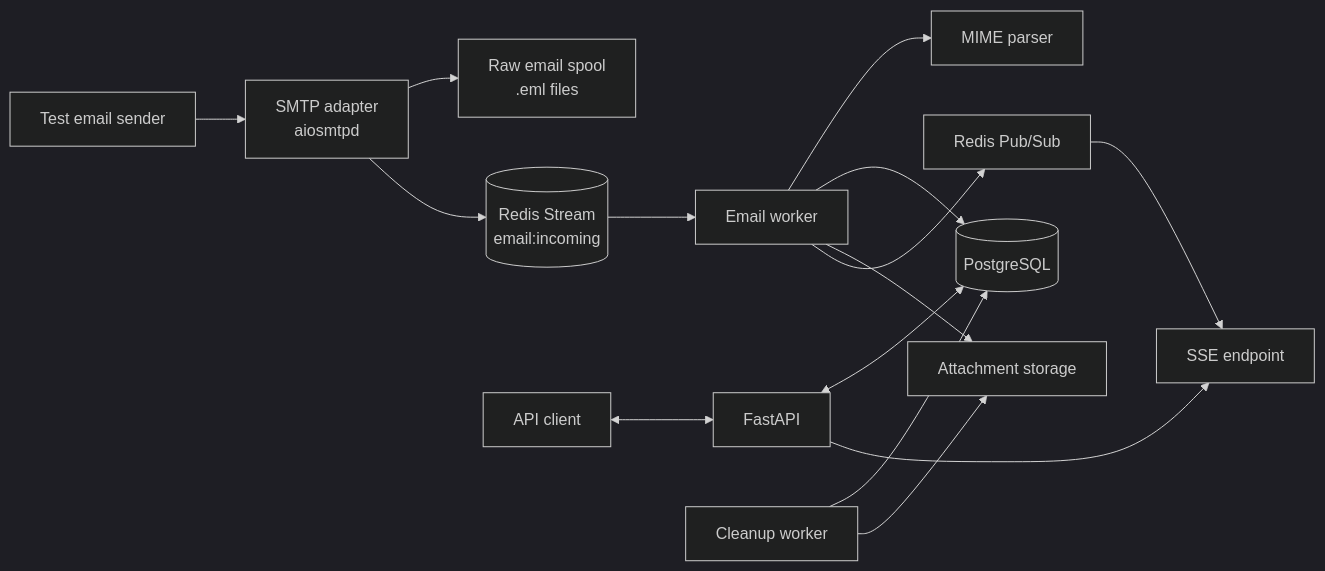
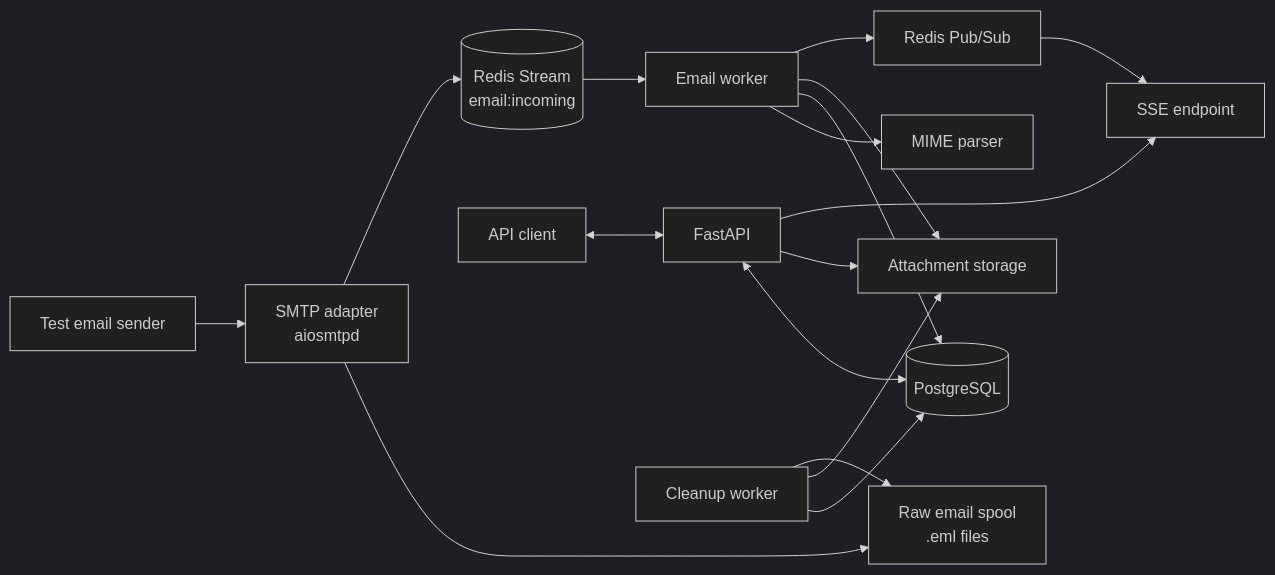
One commit to S-Sanjai/invismail changed the diagram in README.md. Above: the diagram before and after it, drawn with Mermaid (dark theme). The commit also changed other lines of this file, not shown here.

````diff
--- a/README.md
+++ b/README.md
@@ -99,17 +107,19 @@
 ```mermaid
 flowchart LR
     Sender["Test email sender"] --> SMTP["SMTP adapter<br/>aiosmtpd"]
     SMTP --> Spool["Raw email spool<br/>.eml files"]
     SMTP --> Stream[("Redis Stream<br/>email:incoming")]
     Stream --> Worker["Email worker"]
     Worker --> Parser["MIME parser"]
     Worker --> DB[("PostgreSQL")]
     Worker --> Files["Attachment storage"]
     Worker --> PubSub["Redis Pub/Sub"]
     PubSub --> SSE["SSE endpoint"]
     Client["API client"] <--> API["FastAPI"]
     API <--> DB
+    API --> Files
     API --> SSE
     Cleanup["Cleanup worker"] --> DB
     Cleanup --> Files
+    Cleanup --> Spool
 ```
````
